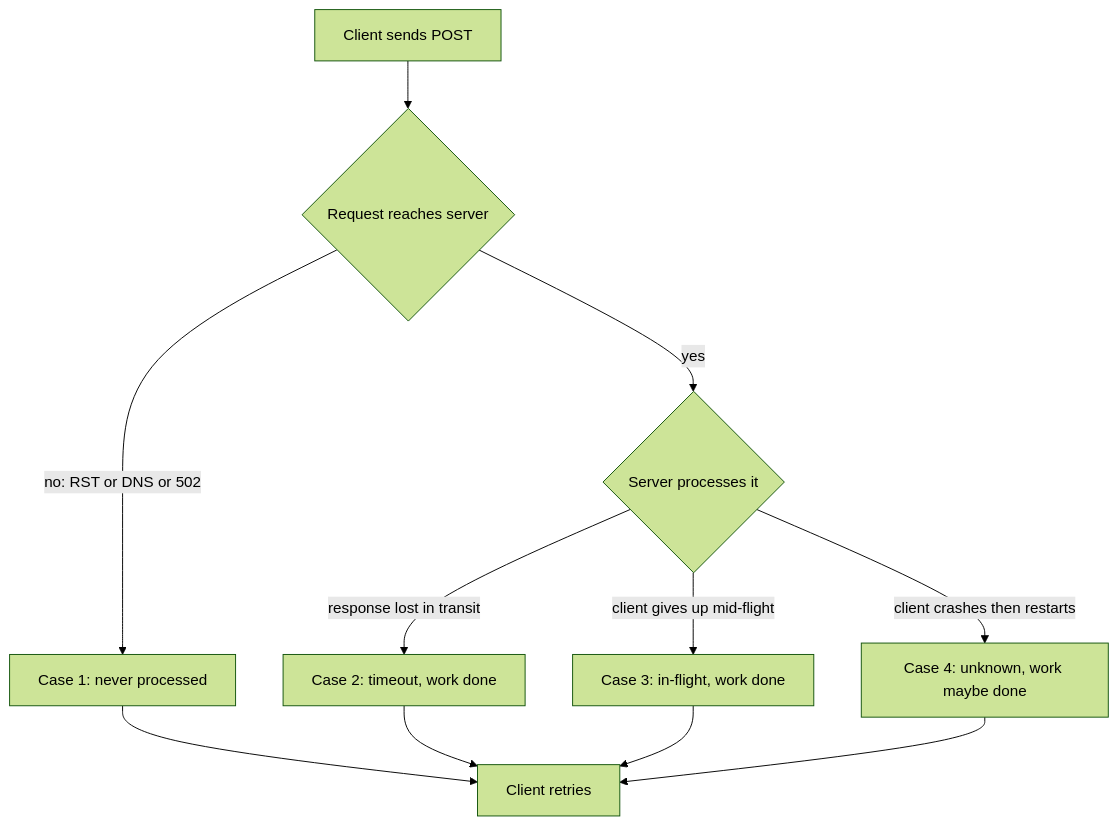
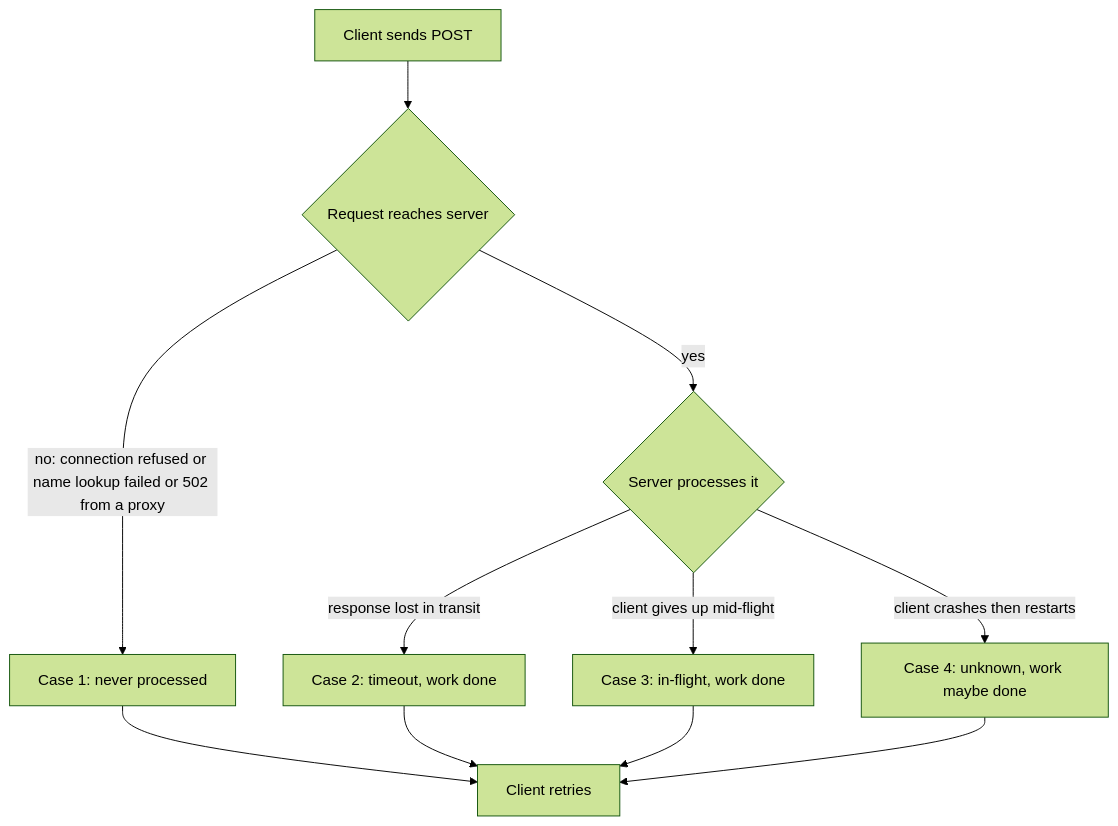
Before and after one commit to y4shb/y4shb.github.io: the diagram in articles/04-idempotency-keys-for-deploy-endpoints.md, drawn with Mermaid (forest theme). The commit also changed other lines of this file and 14 other files, not shown here.

````diff
--- a/articles/04-idempotency-keys-for-deploy-endpoints.md
+++ b/articles/04-idempotency-keys-for-deploy-endpoints.md
@@ -41,13 +45,13 @@
 ```mermaid
 flowchart TD
     A[Client sends POST] --> B{Request reaches server}
-    B -- "no: RST or DNS or 502" --> F1["Case 1: never processed"]
+    B -- "no: connection refused or name lookup failed or 502 from a proxy" --> F1["Case 1: never processed"]
     B -- yes --> C{Server processes it}
     C -- "response lost in transit" --> F2["Case 2: timeout, work done"]
     C -- "client gives up mid-flight" --> F3["Case 3: in-flight, work done"]
     C -- "client crashes then restarts" --> F4["Case 4: unknown, work maybe done"]
     F1 --> R[Client retries]
     F2 --> R
     F3 --> R
     F4 --> R
 ```
````
